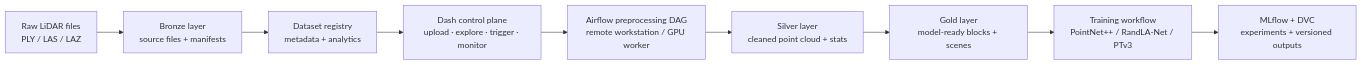
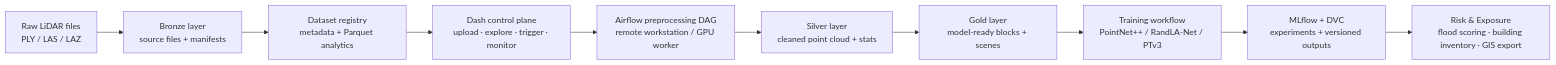
Before and after one commit to sanskar-sri/Lidar-MLOps-Platform: the diagram in README.md, drawn with Mermaid. The commit also changed other lines of this file, not shown here.

````diff
--- a/README.md
+++ b/README.md
@@ -42,11 +43,12 @@
 ```mermaid
 flowchart LR
     A["Raw LiDAR files\nPLY / LAS / LAZ"] --> B["Bronze layer\nsource files + manifests"]
-    B --> C["Dataset registry\nmetadata + analytics"]
+    B --> C["Dataset registry\nmetadata + Parquet analytics"]
     C --> D["Dash control plane\nupload · explore · trigger · monitor"]
     D --> E["Airflow preprocessing DAG\nremote workstation / GPU worker"]
     E --> F["Silver layer\ncleaned point cloud + stats"]
     F --> G["Gold layer\nmodel-ready blocks + scenes"]
     G --> H["Training workflow\nPointNet++ / RandLA-Net / PTv3"]
     H --> I["MLflow + DVC\nexperiments + versioned outputs"]
+    I --> J["Risk & Exposure\nflood scoring · building inventory · GIS export"]
 ```
````
